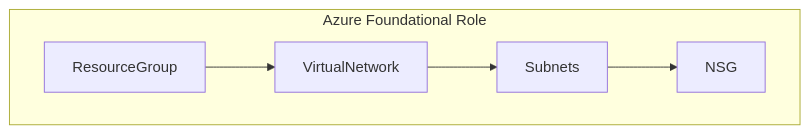
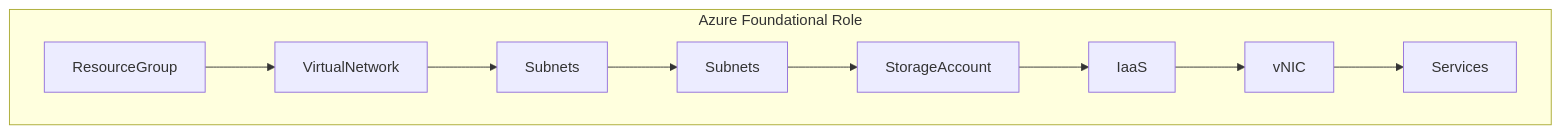
The diagram in azure-foundations/README.md (slagathor34/awx-lab), drawn with Mermaid before and after one commit.

Commit message:
Added to the mermaid graph.

````diff
--- a/azure-foundations/README.md
+++ b/azure-foundations/README.md
@@ -2,8 +2,12 @@
 ```mermaid
 graph TB
   subgraph "Azure Foundational Role"
   Node1[ResourceGroup] --> Node2[VirtualNetwork]
   Node2[VirtualNetwork] --> Node3[Subnets]
   Node3[Subnets] --> Node4[NSG]
+  Node4[Subnets] --> Node5[StorageAccount]
+  Node5[StorageAccount] --> Node6[IaaS]
+  Node6[IaaS] --> Node7[vNIC]
+  Node7[vNIC] --> Node8[Services]
 end
 ```
````
